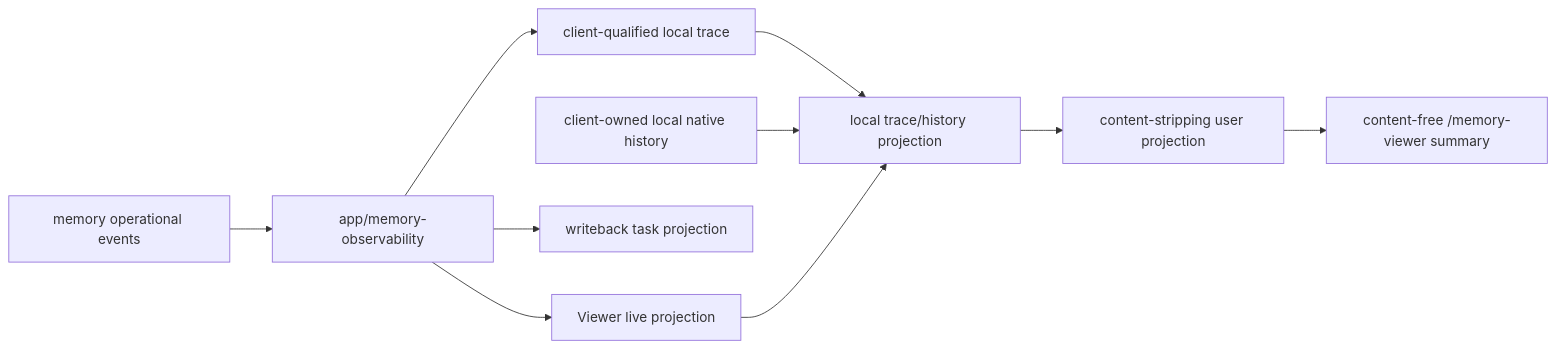
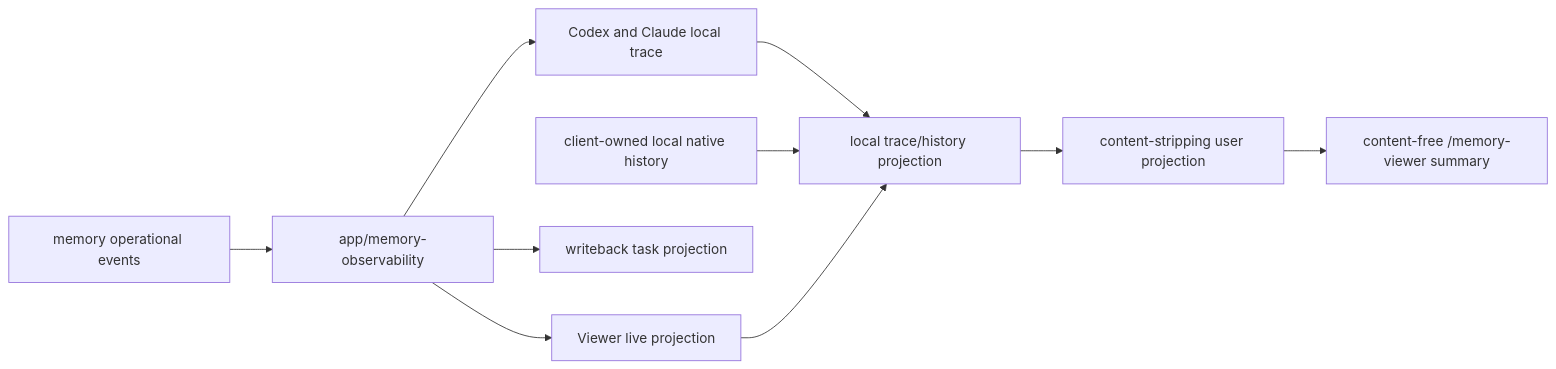
The fifth of 6 diagrams in ARCHITECTURE.md (memorax-ai/memorax-code), drawn with Mermaid before and after one commit. The commit also changed other lines of this file and 8 other files, not shown here.

````diff
--- a/ARCHITECTURE.md
+++ b/ARCHITECTURE.md
@@ -476,22 +511,22 @@
 ```mermaid
 flowchart LR
   Events["memory operational events"]
   Fanout["app/memory-observability"]
-  Trace["client-qualified local trace"]
+  Trace["Codex and Claude local trace"]
   ViewerSink["Viewer live projection"]
   TaskProjection["writeback task projection"]
   NativeHistory["client-owned local native history"]
   ViewerStore["local trace/history projection"]
   UserProjection["content-stripping user projection"]
   PublicViewer["content-free /memory-viewer summary"]
 
   Events --> Fanout
   Fanout --> Trace
   Fanout --> ViewerSink
   Fanout --> TaskProjection
   Trace --> ViewerStore
   NativeHistory --> ViewerStore
   ViewerSink --> ViewerStore
   ViewerStore --> UserProjection
   UserProjection --> PublicViewer
 ```
````
